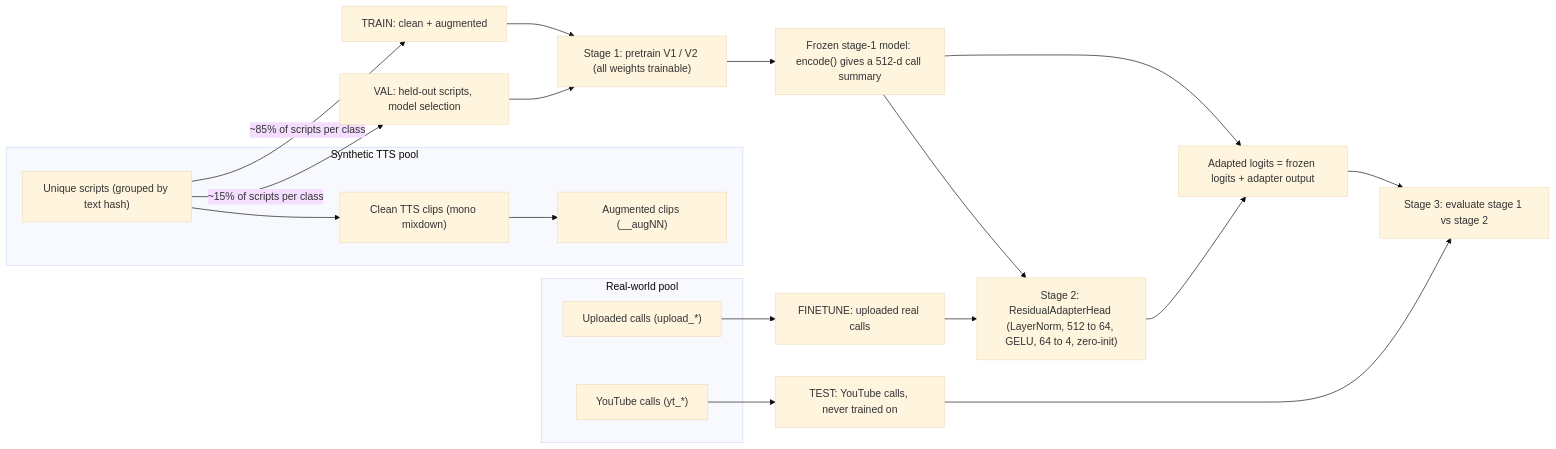
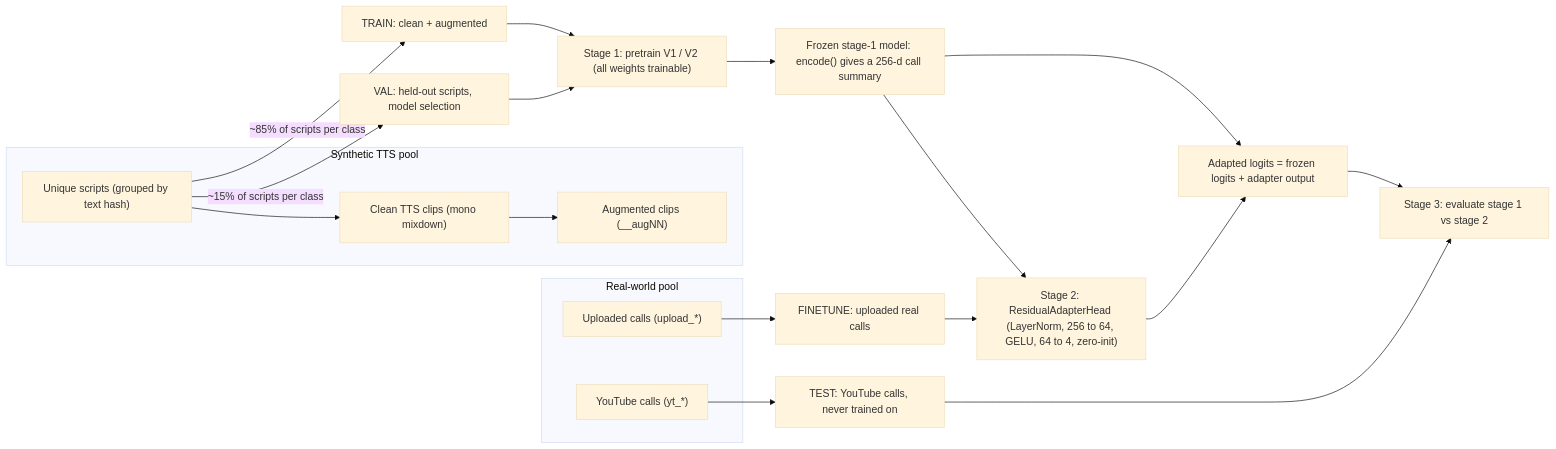
Before and after one commit to cloudriver-yc/VISTA-AI: the second of 2 diagrams in .agents/architecture_presentation_guide.md, drawn with Mermaid (base theme). The commit also changed other lines of this file and 2 other files, not shown here.

Commit message:
docs: update for d_model=256 and new benchmark numbers

````diff
--- a/.agents/architecture_presentation_guide.md
+++ b/.agents/architecture_presentation_guide.md
@@ -97,28 +97,28 @@
 ```mermaid
 graph LR
     subgraph SYN["Synthetic TTS pool"]
         SCR["Unique scripts (grouped by text hash)"]
         CLEAN["Clean TTS clips (mono mixdown)"]
         AUGC["Augmented clips (__augNN)"]
         SCR --> CLEAN
         CLEAN --> AUGC
     end
     subgraph REAL["Real-world pool"]
         YT["YouTube calls (yt_*)"]
         UP["Uploaded calls (upload_*)"]
     end
     SCR -->|"~85% of scripts per class"| TRAIN["TRAIN: clean + augmented"]
     SCR -->|"~15% of scripts per class"| VAL["VAL: held-out scripts, model selection"]
     UP --> FT["FINETUNE: uploaded real calls"]
     YT --> TEST["TEST: YouTube calls, never trained on"]
 
     TRAIN --> S1["Stage 1: pretrain V1 / V2 (all weights trainable)"]
     VAL --> S1
-    S1 --> FROZEN["Frozen stage-1 model: encode() gives a 512-d call summary"]
-    FROZEN --> ADAPT["Stage 2: ResidualAdapterHead (LayerNorm, 512 to 64, GELU, 64 to 4, zero-init)"]
+    S1 --> FROZEN["Frozen stage-1 model: encode() gives a 256-d call summary"]
+    FROZEN --> ADAPT["Stage 2: ResidualAdapterHead (LayerNorm, 256 to 64, GELU, 64 to 4, zero-init)"]
     FT --> ADAPT
     FROZEN --> SUM["Adapted logits = frozen logits + adapter output"]
     ADAPT --> SUM
     SUM --> S3["Stage 3: evaluate stage 1 vs stage 2"]
     TEST --> S3
 ```
````
